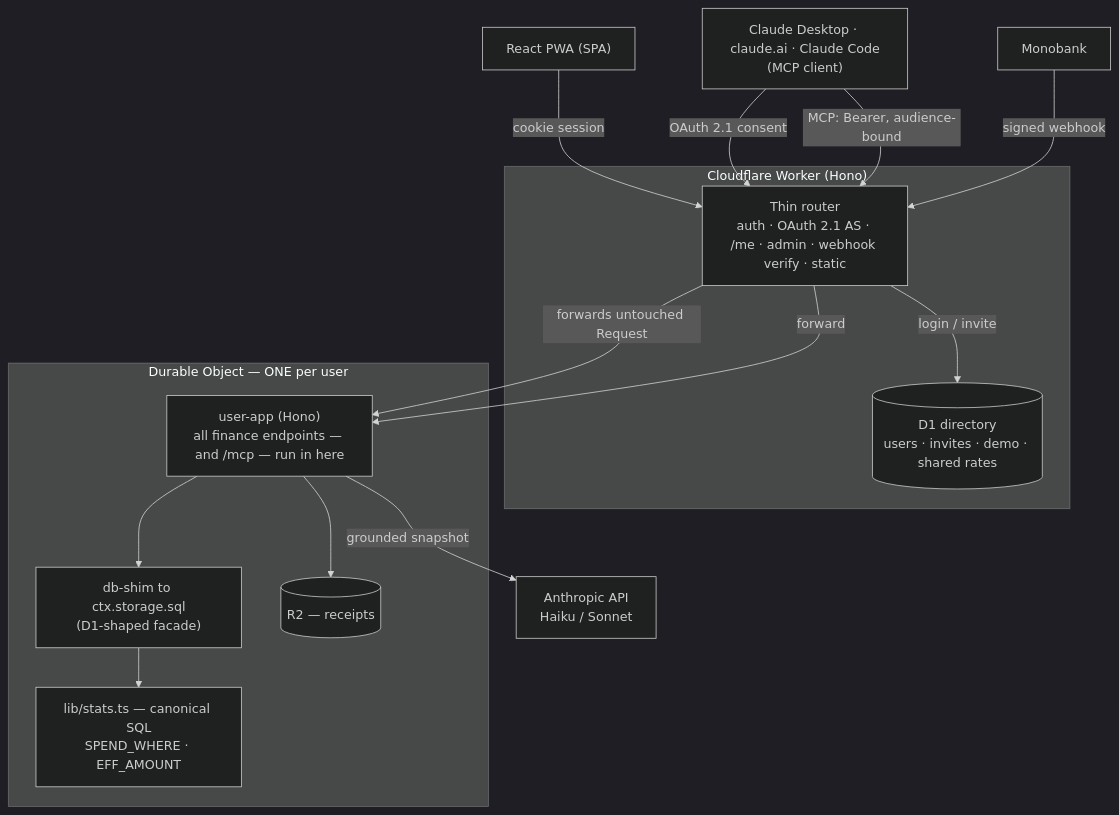
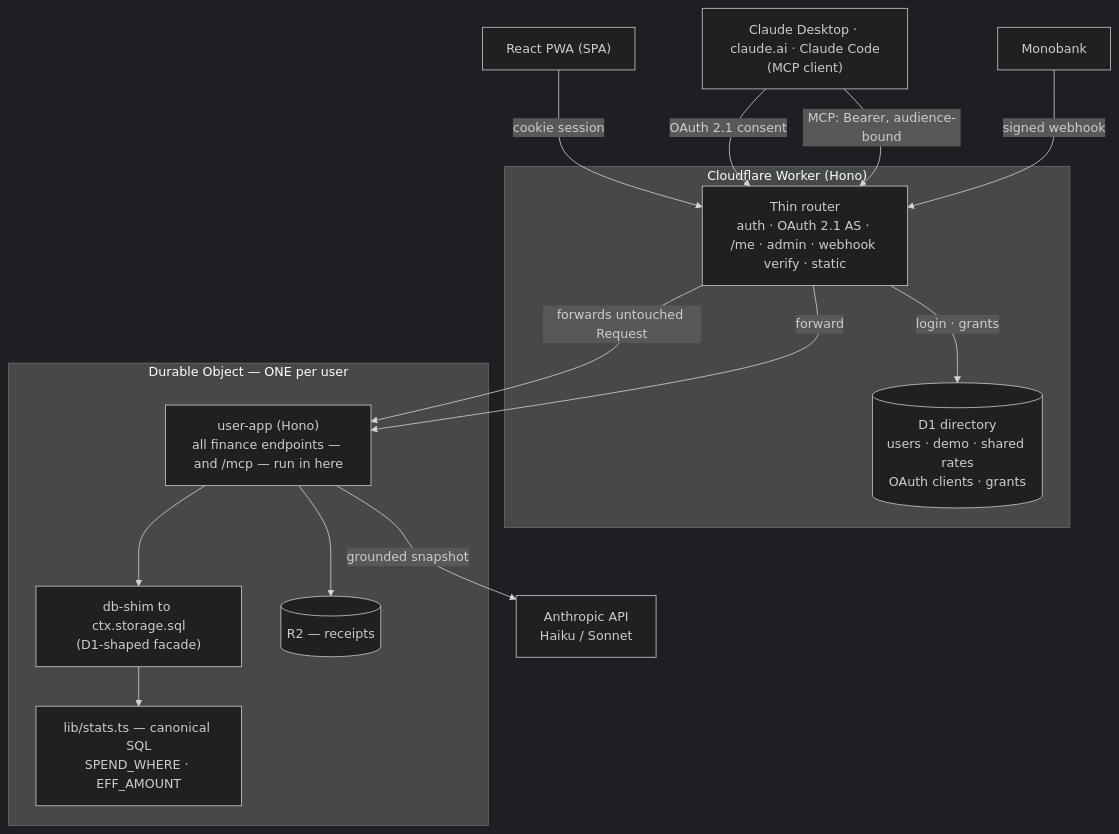
One commit to ITalik-gr/money-track changed the diagram in README.md. Above: the diagram before and after it, drawn with Mermaid (dark theme). The commit also changed other lines of this file and 28 other files, not shown here.

````diff
--- a/README.md
+++ b/README.md
@@ -64,31 +77,31 @@
 ```mermaid
 flowchart TB
     Browser["React PWA (SPA)"]
 
     subgraph Worker["Cloudflare Worker (Hono)"]
         Router["Thin router<br/>auth · OAuth 2.1 AS · /me · admin · webhook verify · static"]
-        Directory[("D1 directory<br/>users · invites · demo · shared rates")]
+        Directory[("D1 directory<br/>users · demo · shared rates<br/>OAuth clients · grants")]
     end
 
     subgraph DO["Durable Object — ONE per user"]
         UserApp["user-app (Hono)<br/>all finance endpoints — and /mcp — run in here"]
         Shim["db-shim to ctx.storage.sql<br/>(D1-shaped facade)"]
         Canon["lib/stats.ts — canonical SQL<br/>SPEND_WHERE · EFF_AMOUNT"]
         R2[("R2 — receipts")]
     end
 
     Anthropic["Anthropic API<br/>Haiku / Sonnet"]
     Mono["Monobank"]
     Claude["Claude Desktop · claude.ai · Claude Code<br/>(MCP client)"]
 
     Browser -->|"cookie session"| Router
     Claude -->|"OAuth 2.1 consent"| Router
     Claude -->|"MCP: Bearer, audience-bound"| Router
     Router -->|"forwards untouched Request"| UserApp
     UserApp --> Shim --> Canon
     UserApp --> R2
     UserApp -->|"grounded snapshot"| Anthropic
-    Router -->|"login / invite"| Directory
+    Router -->|"login · grants"| Directory
     Mono -->|"signed webhook"| Router
     Router -->|"forward"| UserApp
 ```
````
